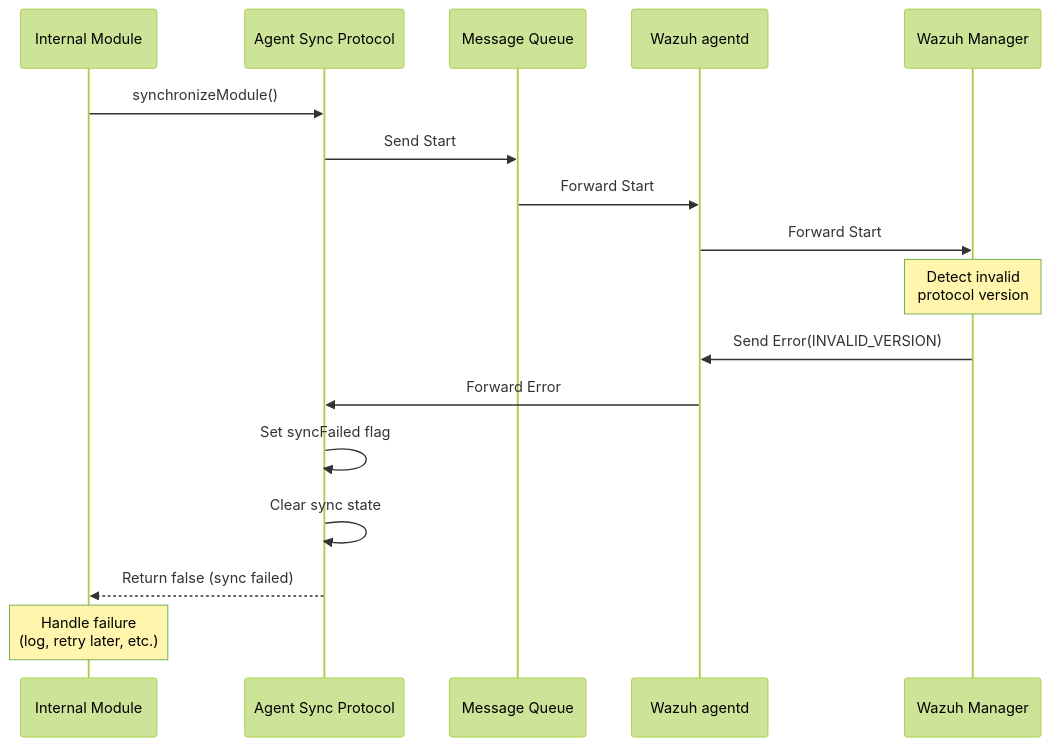
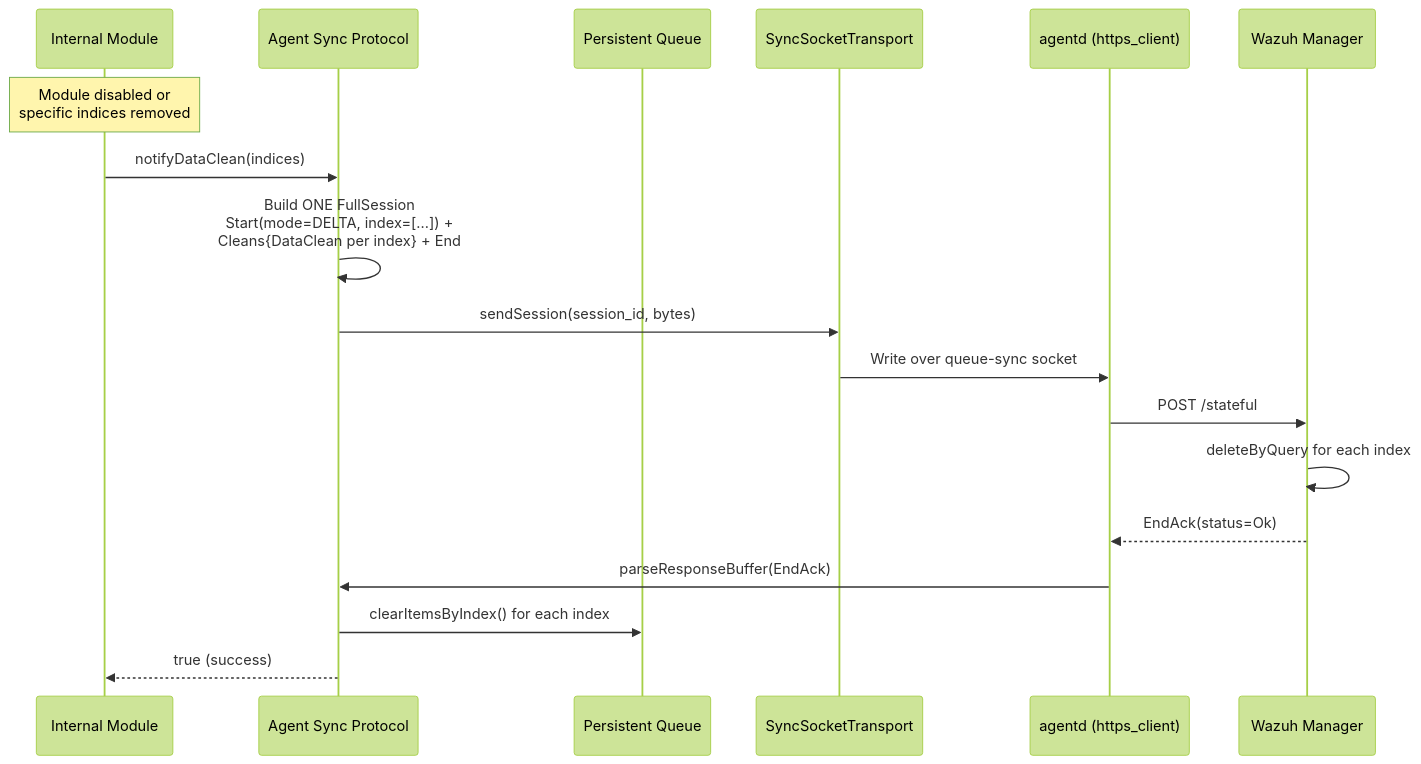
One commit to wazuh/wazuh changed the seventh of 12 diagrams in docs/ref/modules/utils/sync-protocol/sequence-diagrams.md. Above: the diagram before and after it, drawn with Mermaid (forest theme). The commit also changed other lines of this file and 9 other files, not shown here.

Commit message:
refactor(sync-protocol): fold FullSession's four payload vectors into one union

````diff
--- a/docs/ref/modules/utils/sync-protocol/sequence-diagrams.md
+++ b/docs/ref/modules/utils/sync-protocol/sequence-diagrams.md
@@ -253,24 +169,26 @@
 ```mermaid
 sequenceDiagram
     participant Module as Internal Module
     participant ASP as Agent Sync Protocol
-    participant MQ as Message Queue
-    participant AD as Wazuh agentd
+    participant Queue as Persistent Queue
+    participant Transport as SyncSocketTransport
+    participant AD as agentd (https_client)
     participant Manager as Wazuh Manager
 
-    Module->>ASP: synchronizeModule()
-    ASP->>MQ: Send Start
-    MQ->>AD: Forward Start
-    AD->>Manager: Forward Start
+    Note over Module: Module disabled or<br/>specific indices removed
 
-    Note over Manager: Detect invalid<br/>protocol version
+    Module->>ASP: notifyDataClean(indices)
 
-    Manager->>AD: Send Error(INVALID_VERSION)
-    AD->>ASP: Forward Error
+    ASP->>ASP: Build ONE FullSession<br/>Start(mode=DELTA, index=[...]) +<br/>Cleans{DataClean per index} + End
+    ASP->>Transport: sendSession(session_id, bytes)
+    Transport->>AD: Write over queue-sync socket
+    AD->>Manager: POST /stateful
 
-    ASP->>ASP: Set syncFailed flag
-    ASP->>ASP: Clear sync state
-    ASP-->>Module: Return false (sync failed)
+    Manager->>Manager: deleteByQuery for each index
 
-    Note over Module: Handle failure<br/>(log, retry later, etc.)
+    Manager-->>AD: EndAck(status=Ok)
+    AD->>ASP: parseResponseBuffer(EndAck)
+    ASP->>Queue: clearItemsByIndex() for each index
+
+    ASP-->>Module: true (success)
 ```
````
